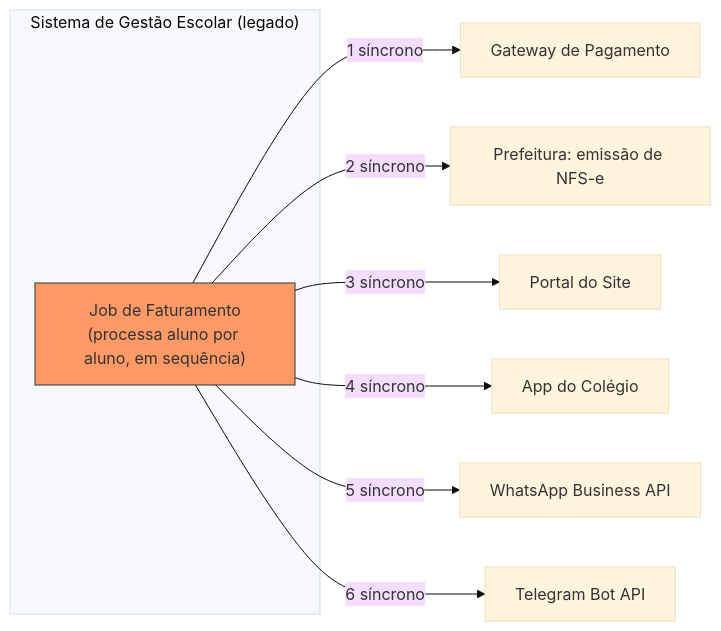
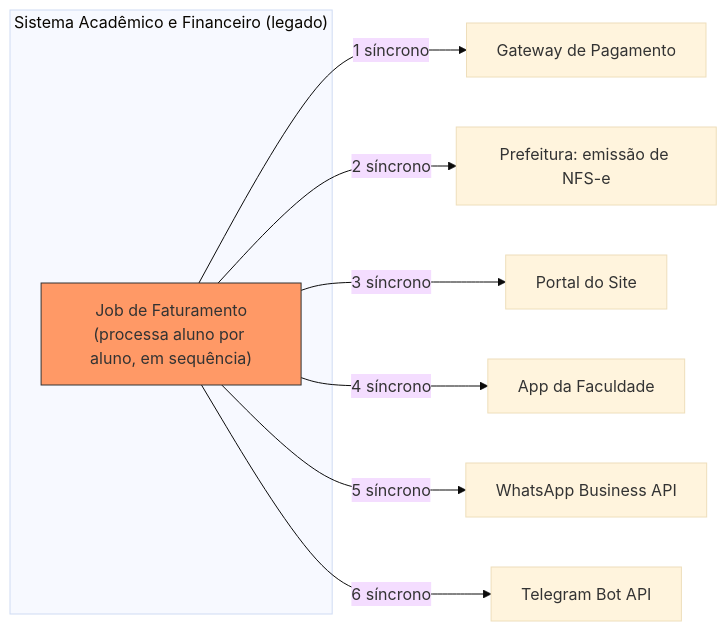
Before and after one commit to lealnetosena/colegio-leal: the first of 2 diagrams in diagramas/01-arquitetura-atual.md, drawn with Mermaid (base theme). The commit also changed other lines of this file and 1 other file, not shown here.

Commit message:
docs: renomeia case de Colegio Leal para Faculdade Leal (README, outlines 2 e 4, diagrama)
Claude-Session: https://claude.ai/code/session_01BL6n3JQDg8pjYDM6C6mbVF

````diff
--- a/diagramas/01-arquitetura-atual.md
+++ b/diagramas/01-arquitetura-atual.md
@@ -7,15 +7,15 @@
 ```mermaid
 flowchart LR
-    subgraph Legado["Sistema de Gestão Escolar (legado)"]
+    subgraph Legado["Sistema Acadêmico e Financeiro (legado)"]
         Job["Job de Faturamento<br/>(processa aluno por aluno, em sequência)"]
     end
 
     Job -->|"1 síncrono"| Pag[Gateway de Pagamento]
     Job -->|"2 síncrono"| NFSe[Prefeitura: emissão de NFS-e]
     Job -->|"3 síncrono"| Site[Portal do Site]
-    Job -->|"4 síncrono"| App[App do Colégio]
+    Job -->|"4 síncrono"| App[App da Faculdade]
     Job -->|"5 síncrono"| WA[WhatsApp Business API]
     Job -->|"6 síncrono"| TG[Telegram Bot API]
 
     style Job fill:#f96,stroke:#333
 ```
````
